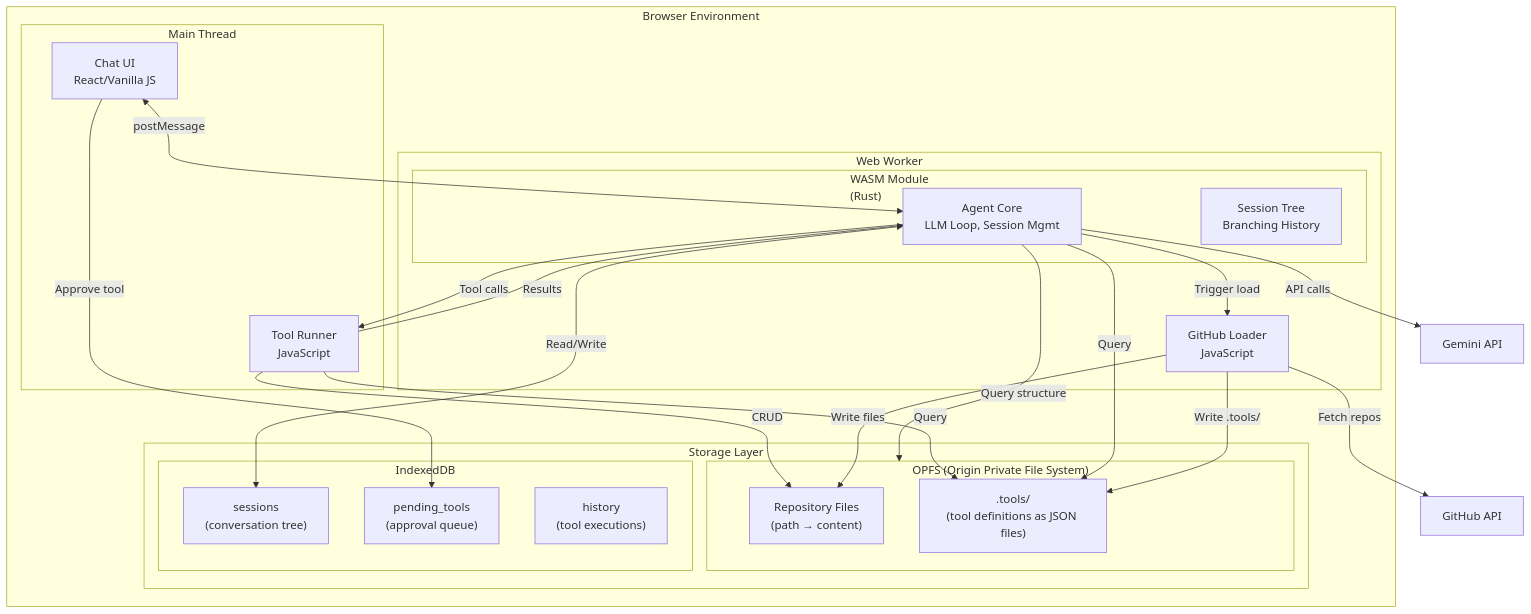
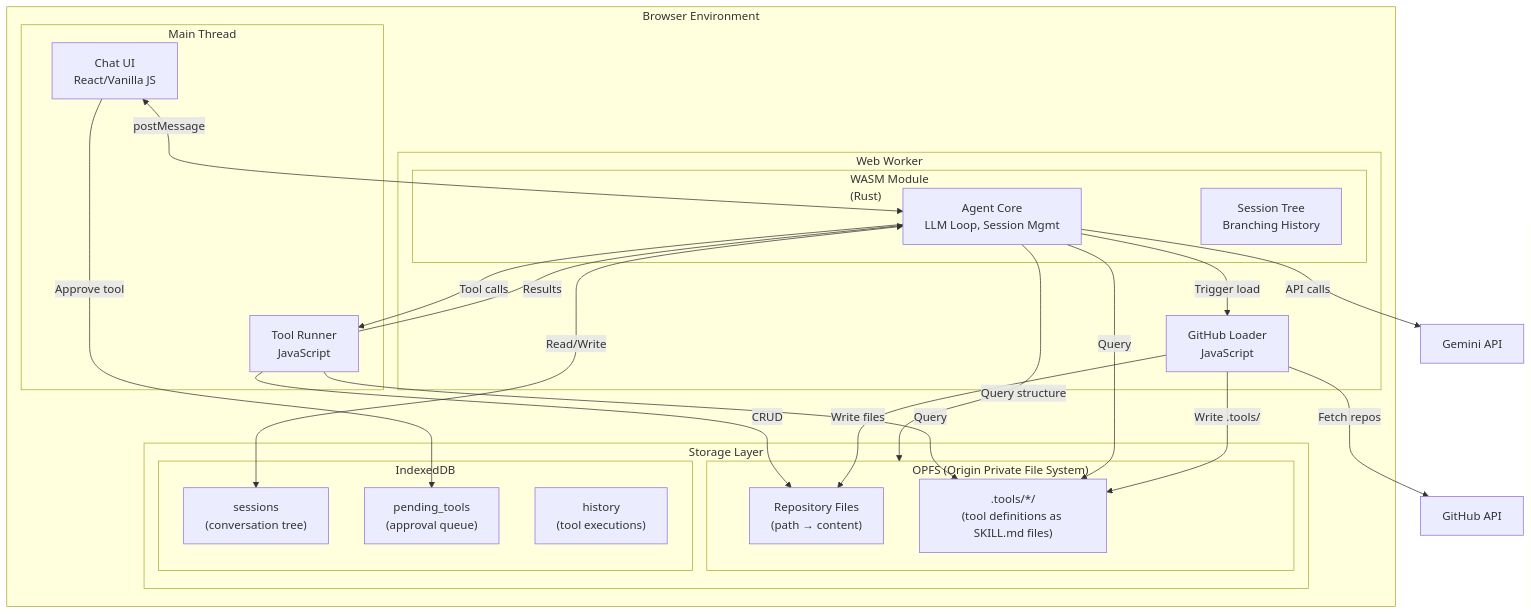
The second of 8 diagrams in ARCHITECTURE.md (weolopez/aardvark), drawn with Mermaid before and after one commit. The commit also changed other lines of this file, not shown here.

First line of the commit message:
docs: Update tool definitions to use SKILL.md format inspired by Claude's Agent Skills system

````diff
--- a/ARCHITECTURE.md
+++ b/ARCHITECTURE.md
@@ -74,47 +74,47 @@
 ```mermaid
 flowchart TB
     subgraph Browser["Browser Environment"]
         subgraph MainThread["Main Thread"]
             UI["Chat UI<br/>React/Vanilla JS"]
             TR["Tool Runner<br/>JavaScript"]
         end
         
         subgraph Worker["Web Worker"]
             subgraph WASM["WASM Module<br/>(Rust)"]
                 Agent["Agent Core<br/>LLM Loop, Session Mgmt"]
                 Session["Session Tree<br/>Branching History"]
             end
             GL["GitHub Loader<br/>JavaScript"]
         end
         
         subgraph Storage["Storage Layer"]
             subgraph OPFS["OPFS (Origin Private File System)"]
                 RepoFiles["Repository Files<br/>(path → content)"]
-                ToolFiles[".tools/<br/>(tool definitions as JSON files)"]
+                ToolFiles[".tools/*/<br/>(tool definitions as SKILL.md files)"]
             end
             subgraph IndexedDB["IndexedDB"]
                 SessionsTable["sessions<br/>(conversation tree)"]
                 PendingTools["pending_tools<br/>(approval queue)"]
                 HistoryTable["history<br/>(tool executions)"]
             end
         end
     end
     
     LLM["Gemini API"]
     GitHubAPI["GitHub API"]
     
     UI <-->|postMessage| Agent
     UI -->|Approve tool| PendingTools
     Agent -->|Tool calls| TR
     TR -->|CRUD| RepoFiles
     TR -->|Query| ToolFiles
     TR -->|Results| Agent
     Agent <-->|Read/Write| SessionsTable
     Agent -->|Query| ToolFiles
     Agent -->|API calls| LLM
     GL -->|Fetch repos| GitHubAPI
     GL -->|Write files| RepoFiles
     GL -->|Write .tools/| ToolFiles
     Agent -->|Trigger load| GL
     Agent -->|Query structure| OPFS
 ```
````
